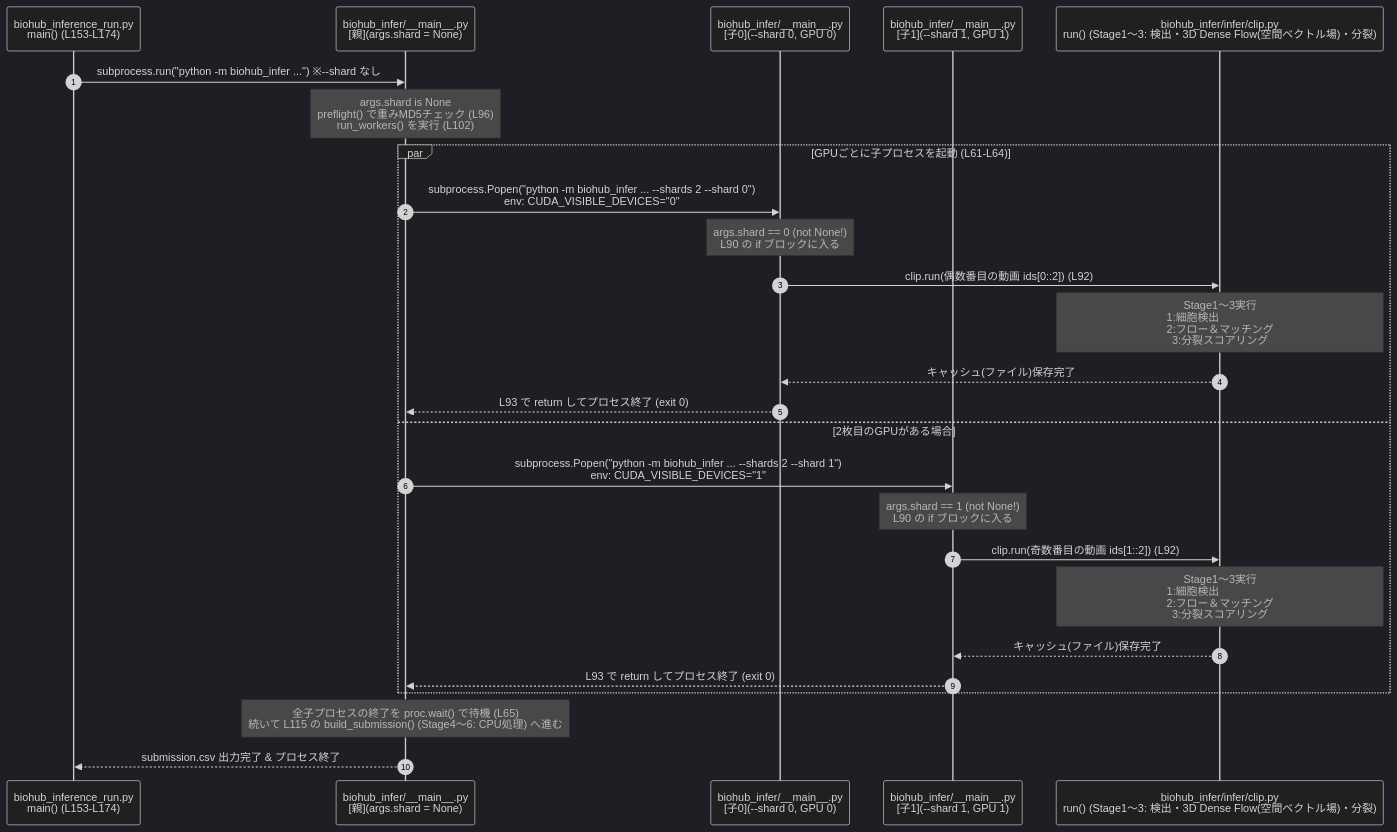
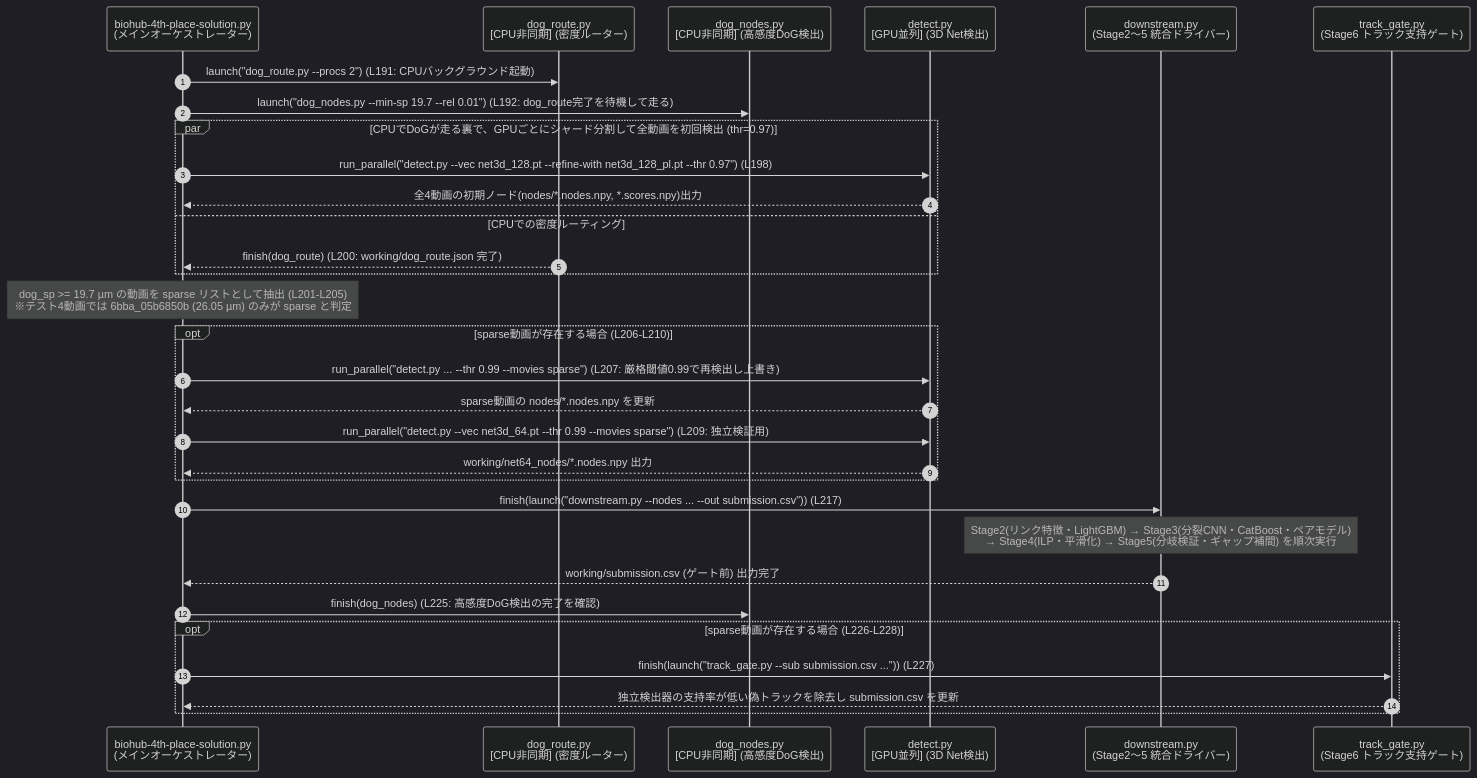
The second of 8 diagrams in episode/Summary&Conclusion/4th-place-summary.md (kito2718/kgle_001_BCT_Episode), drawn with Mermaid (dark theme) before and after one commit. The commit also changed other lines of this file and 1 other file, not shown here.

````diff
--- a/episode/Summary&Conclusion/4th-place-summary.md
+++ b/episode/Summary&Conclusion/4th-place-summary.md
@@ -142,31 +167,39 @@
 ```mermaid
 sequenceDiagram
     autonumber
-    participant Runner as biohub_inference_run.py<br/>main() (L153-L174)
-    participant Parent as biohub_infer/__main__.py<br/>[親](args.shard = None)
-    participant Worker0 as biohub_infer/__main__.py<br/>[子0](--shard 0, GPU 0)
-    participant Worker1 as biohub_infer/__main__.py<br/>[子1](--shard 1, GPU 1)
-    participant Clip as biohub_infer/infer/clip.py<br/>run() (Stage1〜3: 検出・3D Dense Flow(空間ベクトル場)・分裂)
+    participant Main as biohub-4th-place-solution.py<br/>(メインオーケストレーター)
+    participant DogR as dog_route.py<br/>[CPU非同期] (密度ルーター)
+    participant DogN as dog_nodes.py<br/>[CPU非同期] (高感度DoG検出)
+    participant Det as detect.py<br/>[GPU並列] (3D Net検出)
+    participant DS as downstream.py<br/>(Stage2〜5 統合ドライバー)
+    participant Gate as track_gate.py<br/>(Stage6 トラック支持ゲート)
 
-    Runner->>Parent: subprocess.run("python -m biohub_infer ...") ※--shard なし
-    Note over Parent: args.shard is None<br/>preflight() で重みMD5チェック (L96)<br/>run_workers() を実行 (L102)
-
-    par GPUごとに子プロセスを起動 (L61-L64)
-        Parent->>Worker0: subprocess.Popen("python -m biohub_infer ... --shards 2 --shard 0")<br/>env: CUDA_VISIBLE_DEVICES="0"
-        Note over Worker0: args.shard == 0 (not None!)<br/>L90 の if ブロックに入る
-        Worker0->>Clip: clip.run(偶数番目の動画 ids[0::2]) (L92)
-        Note over Clip: Stage1～3実行<br/>1:細胞検出　　　　　<br/>2:フロー＆マッチング<br/>3:分裂スコアリング
-        Clip-->>Worker0: キャッシュ(ファイル)保存完了
-        Worker0-->>Parent: L93 で return してプロセス終了 (exit 0)
-    and 2枚目のGPUがある場合
-        Parent->>Worker1: subprocess.Popen("python -m biohub_infer ... --shards 2 --shard 1")<br/>env: CUDA_VISIBLE_DEVICES="1"
-        Note over Worker1: args.shard == 1 (not None!)<br/>L90 の if ブロックに入る
-        Worker1->>Clip: clip.run(奇数番目の動画 ids[1::2]) (L92)
-        Note over Clip: Stage1～3実行<br/>1:細胞検出　　　　　<br/>2:フロー＆マッチング<br/>3:分裂スコアリング
-        Clip-->>Worker1: キャッシュ(ファイル)保存完了
-        Worker1-->>Parent: L93 で return してプロセス終了 (exit 0)
+    Main->>DogR: launch("dog_route.py --procs 2") (L191: CPUバックグラウンド起動)
+    Main->>DogN: launch("dog_nodes.py --min-sp 19.7 --rel 0.01") (L192: dog_route完了を待機して走る)
+    
+    par CPUでDoGが走る裏で、GPUごとにシャード分割して全動画を初回検出 (thr=0.97)
+        Main->>Det: run_parallel("detect.py --vec net3d_128.pt --refine-with net3d_128_pl.pt --thr 0.97") (L198)
+        Det-->>Main: 全4動画の初期ノード(nodes/*.nodes.npy, *.scores.npy)出力
+    and CPUでの密度ルーティング
+        DogR-->>Main: finish(dog_route) (L200: working/dog_route.json 完了)
     end
 
-    Note over Parent: 全子プロセスの終了を proc.wait() で待機 (L65)<br/>続いて L115 の build_submission() (Stage4〜6: CPU処理) へ進む
-    Parent-->>Runner: submission.csv 出力完了 & プロセス終了
+    Note over Main: dog_sp >= 19.7 µm の動画を sparse リストとして抽出 (L201-L205)<br/>※テスト4動画では 6bba_05b6850b (26.05 µm) のみが sparse と判定
+
+    opt sparse動画が存在する場合 (L206-L210)
+        Main->>Det: run_parallel("detect.py ... --thr 0.99 --movies sparse") (L207: 厳格閾値0.99で再検出し上書き)
+        Det-->>Main: sparse動画の nodes/*.nodes.npy を更新
+        Main->>Det: run_parallel("detect.py --vec net3d_64.pt --thr 0.99 --movies sparse") (L209: 独立検証用)
+        Det-->>Main: working/net64_nodes/*.nodes.npy 出力
+    end
+
+    Main->>DS: finish(launch("downstream.py --nodes ... --out submission.csv")) (L217)
+    Note over DS: Stage2(リンク特徴・LightGBM) → Stage3(分裂CNN・CatBoost・ペアモデル)<br/>→ Stage4(ILP・平滑化) → Stage5(分岐検証・ギャップ補間) を順次実行
+    DS-->>Main: working/submission.csv (ゲート前) 出力完了
+
+    Main->>DogN: finish(dog_nodes) (L225: 高感度DoG検出の完了を確認)
+    opt sparse動画が存在する場合 (L226-L228)
+        Main->>Gate: finish(launch("track_gate.py --sub submission.csv ...")) (L227)
+        Gate-->>Main: 独立検出器の支持率が低い偽トラックを除去し submission.csv を更新
+    end
 ```
````
